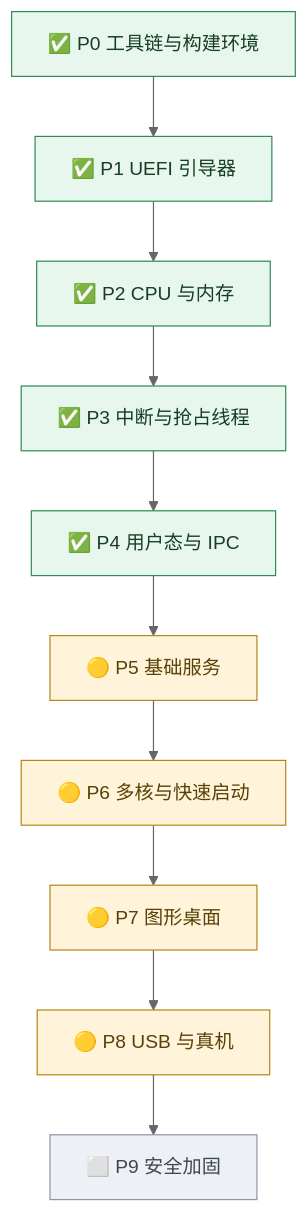
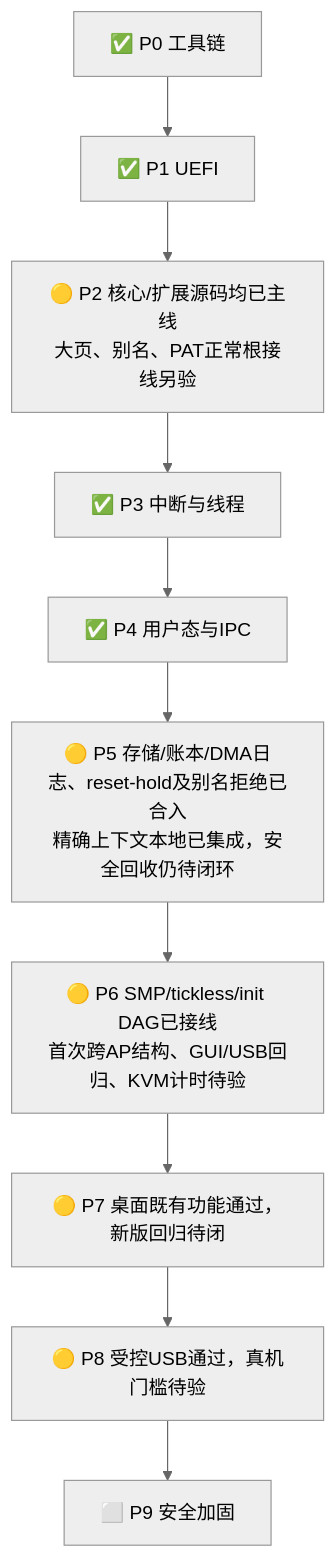
Before and after one commit to EDarcyWong/dongos: the second of 3 diagrams in coordination/dongos_works/progress-map.md, drawn with Mermaid (neutral theme). The commit also changed other lines of this file and 23 other files, not shown here.

Commit message:
docs: record verified G6 acceptance and update overall roadmap

````diff
--- a/coordination/dongos_works/progress-map.md
+++ b/coordination/dongos_works/progress-map.md
@@ -13,28 +31,7 @@
 ```mermaid
 flowchart TD
-    P0["✅ P0 工具链与构建环境"]
-    P1["✅ P1 UEFI 引导器"]
-    P0 --> P1
-    P2["✅ P2 CPU 与内存"]
-    P1 --> P2
-    P3["✅ P3 中断与抢占线程"]
-    P2 --> P3
-    P4["✅ P4 用户态与 IPC"]
-    P3 --> P4
-    P5["🟡 P5 基础服务"]
-    P4 --> P5
-    P6["🟡 P6 多核与快速启动"]
-    P5 --> P6
-    P7["🟡 P7 图形桌面"]
-    P6 --> P7
-    P8["🟡 P8 USB 与真机"]
-    P7 --> P8
-    P9["⬜ P9 安全加固"]
-    P8 --> P9
-    classDef complete fill:#e7f7ed,stroke:#2f8a53,color:#183d26;
-    classDef partial fill:#fff4d9,stroke:#b58516,color:#594108;
-    classDef pending fill:#edf0f5,stroke:#8b96a8,color:#3d4654;
-    class P0,P1,P2,P3,P4 complete;
-    class P5,P6,P7,P8 partial;
-    class P9 pending;
+ P0["✅ P0 工具链"] --> P1["✅ P1 UEFI"] --> P2["🟡 P2 核心/扩展源码均已主线<br/>大页、别名、PAT正常根接线另验"]
+ P2 --> P3["✅ P3 中断与线程"] --> P4["✅ P4 用户态与IPC"] --> P5["🟡 P5 存储/账本/DMA日志、reset-hold及别名拒绝已合入<br/>精确上下文本地已集成，安全回收仍待闭环"]
+ P5 --> P6["🟡 P6 SMP/tickless/init DAG已接线<br/>首次跨AP结构、GUI/USB回归、KVM计时待验"]
+ P6 --> P7["🟡 P7 桌面既有功能通过，新版回归待闭"] --> P8["🟡 P8 受控USB通过，真机门槛待验"] --> P9["⬜ P9 安全加固"]
 ```
````
